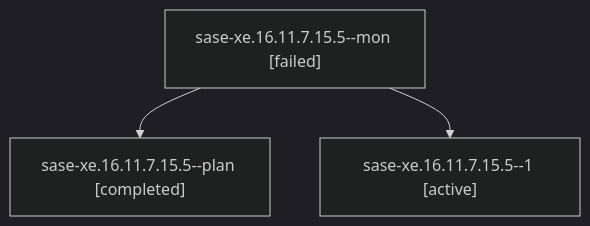
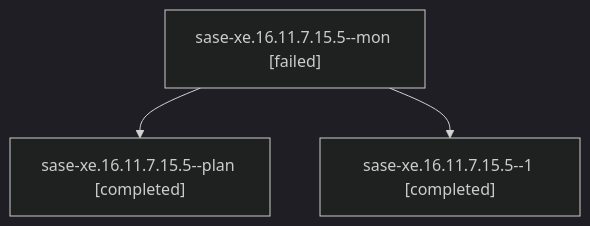
The diagram in families/bbugyi200.apollo.sase-xe.16.11.7.15.5.md (sase-org/sase--agents), drawn with Mermaid (dark theme) before and after one commit. The commit also changed other lines of this file and 40 other files, not shown here.

````diff
--- a/families/bbugyi200.apollo.sase-xe.16.11.7.15.5.md
+++ b/families/bbugyi200.apollo.sase-xe.16.11.7.15.5.md
@@ -9,8 +9,8 @@
 ```mermaid
 flowchart TD
   n0["sase-xe.16.11.7.15.5--mon [failed]"]
   n1["sase-xe.16.11.7.15.5--plan [completed]"]
   n0 --> n1
-  n2["sase-xe.16.11.7.15.5--1 [active]"]
+  n2["sase-xe.16.11.7.15.5--1 [completed]"]
   n0 --> n2
 ```
````
